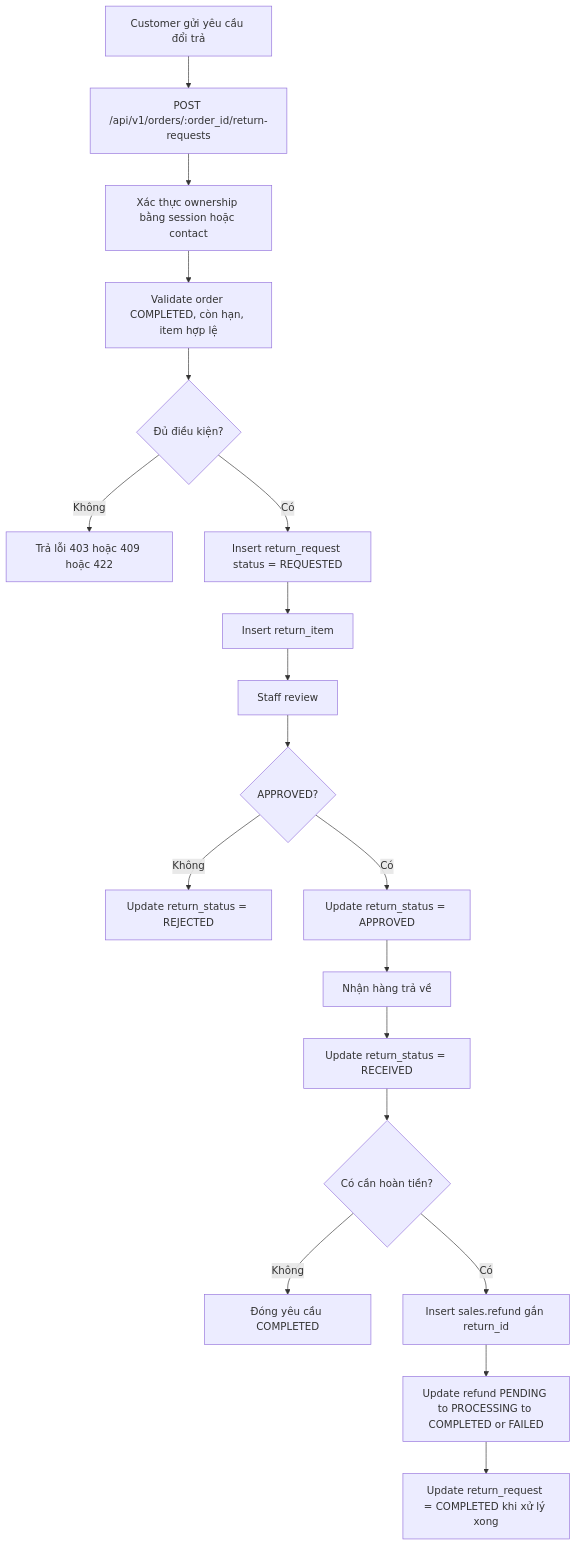
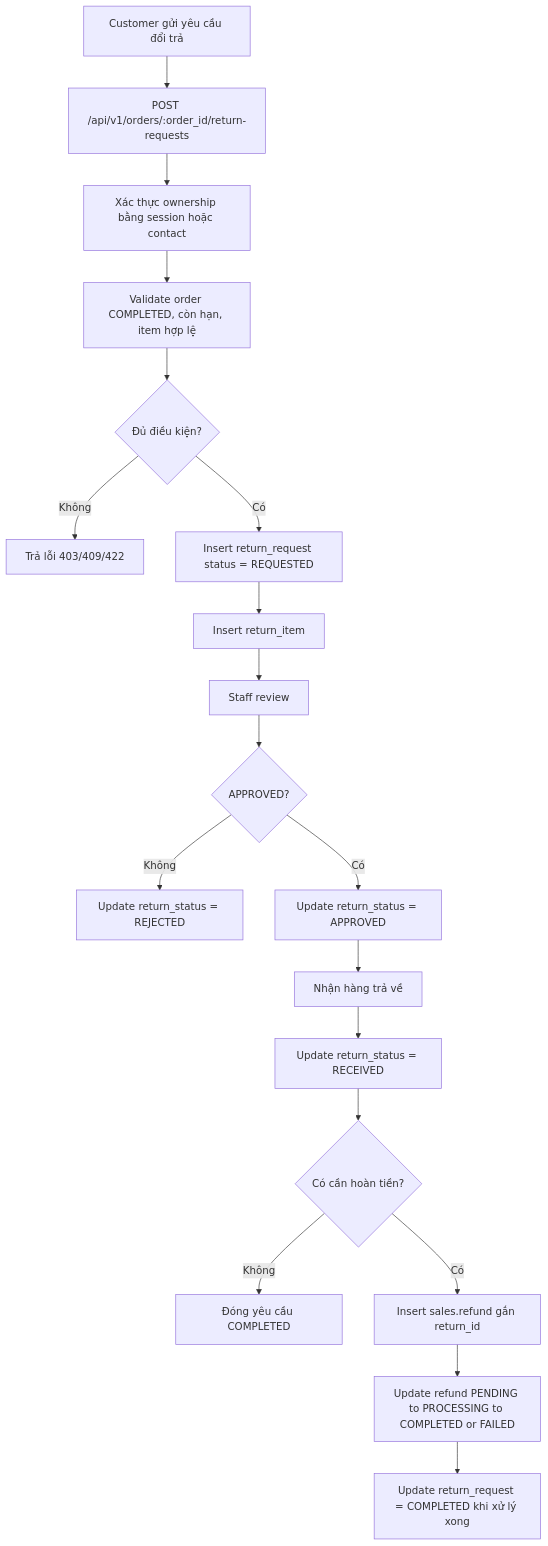
The tenth of 13 diagrams in docs/diagrams/activity_diagram.md (pamern/xeoxo-web-dev), drawn with Mermaid before and after one commit. The commit also changed other lines of this file and 5 other files, not shown here.

````diff
--- a/docs/diagrams/activity_diagram.md
+++ b/docs/diagrams/activity_diagram.md
@@ -151,21 +237,21 @@
 ```mermaid
 flowchart TD
   A[Customer gửi yêu cầu đổi trả] --> B[POST /api/v1/orders/:order_id/return-requests]
   B --> C[Xác thực ownership bằng session hoặc contact]
   C --> D[Validate order COMPLETED, còn hạn, item hợp lệ]
   D --> E{Đủ điều kiện?}
-  E -->|Không| F[Trả lỗi 403 hoặc 409 hoặc 422]
+  E -->|Không| F[Trả lỗi 403/409/422]
   E -->|Có| G[Insert return_request status = REQUESTED]
   G --> H[Insert return_item]
   H --> I[Staff review]
   I --> J{APPROVED?}
   J -->|Không| K[Update return_status = REJECTED]
   J -->|Có| L[Update return_status = APPROVED]
   L --> M[Nhận hàng trả về]
   M --> N[Update return_status = RECEIVED]
   N --> O{Có cần hoàn tiền?}
   O -->|Không| P[Đóng yêu cầu COMPLETED]
   O -->|Có| Q[Insert sales.refund gắn return_id]
   Q --> R[Update refund PENDING to PROCESSING to COMPLETED or FAILED]
   R --> S[Update return_request = COMPLETED khi xử lý xong]
 ```
````
